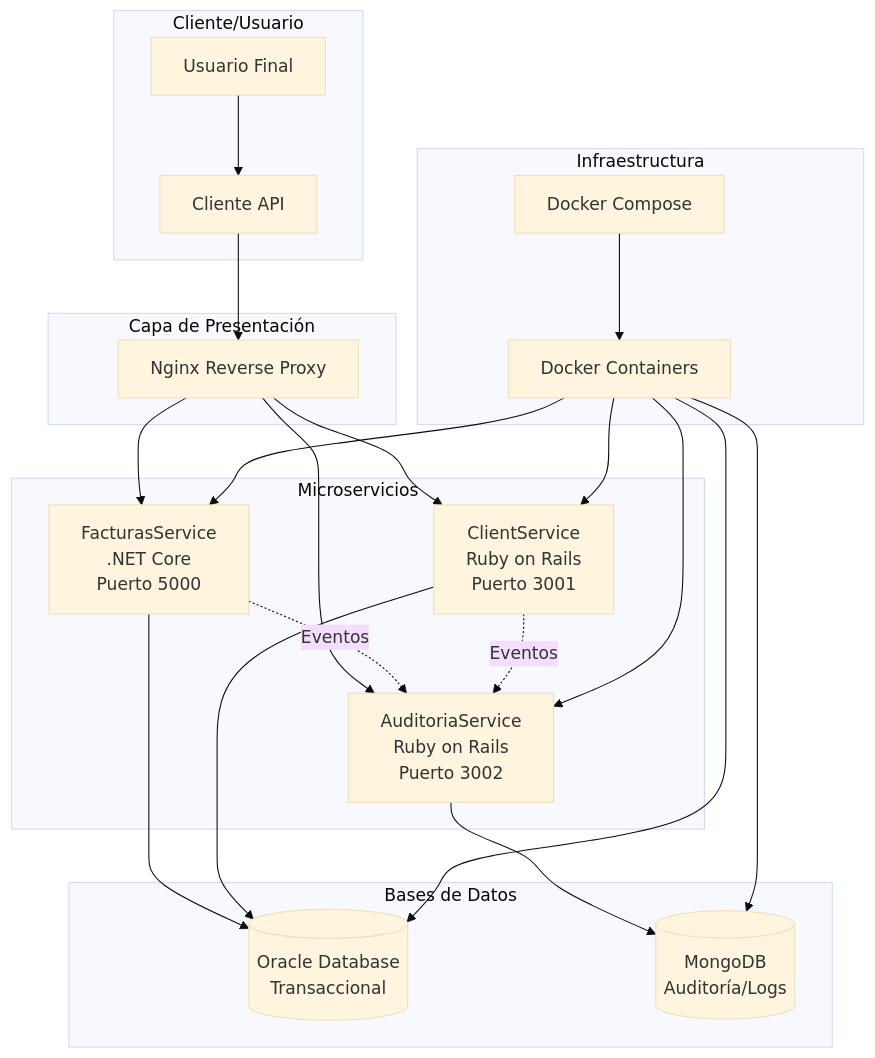
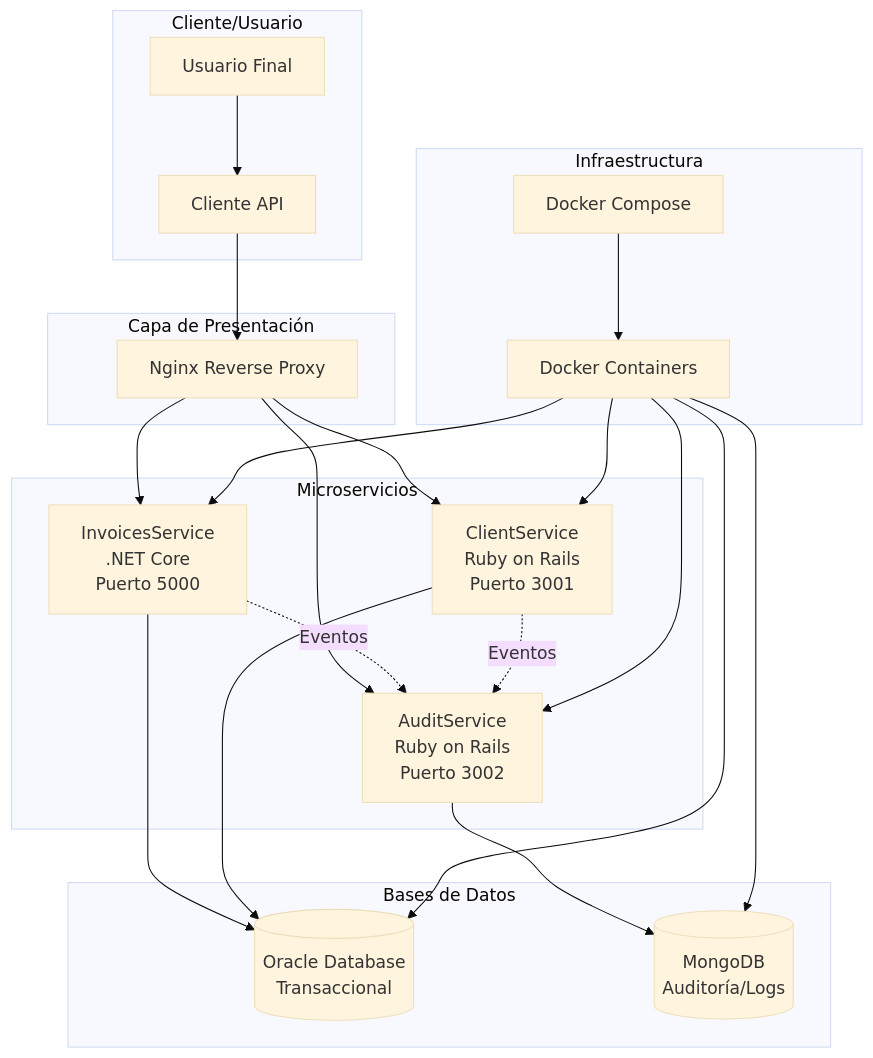
Before and after one commit to mailo2202/prueba-tecnica-double-v: the first of 5 diagrams in docs/arquitectura.md, drawn with Mermaid (base theme). The commit also changed other lines of this file and 50 other files, not shown here.

````diff
--- a/docs/arquitectura.md
+++ b/docs/arquitectura.md
@@ -5,48 +5,48 @@
 ```mermaid
 graph TB
     subgraph "Cliente/Usuario"
         U[Usuario Final]
         API[Cliente API]
     end
     
     subgraph "Capa de Presentación"
         NGINX[Nginx Reverse Proxy]
     end
     
     subgraph "Microservicios"
-        FS[FacturasService<br/>.NET Core<br/>Puerto 5000]
+        FS[InvoicesService<br/>.NET Core<br/>Puerto 5000]
         CS[ClientService<br/>Ruby on Rails<br/>Puerto 3001]
-        AS[AuditoriaService<br/>Ruby on Rails<br/>Puerto 3002]
+        AS[AuditService<br/>Ruby on Rails<br/>Puerto 3002]
     end
     
     subgraph "Bases de Datos"
         ORACLE[(Oracle Database<br/>Transaccional)]
         MONGO[(MongoDB<br/>Auditoría/Logs)]
     end
     
     subgraph "Infraestructura"
         DOCKER[Docker Containers]
         COMPOSE[Docker Compose]
     end
     
     U --> API
     API --> NGINX
     NGINX --> FS
     NGINX --> CS
     NGINX --> AS
     
     FS --> ORACLE
     CS --> ORACLE
     AS --> MONGO
     
     FS -.->|Eventos| AS
     CS -.->|Eventos| AS
     
     DOCKER --> FS
     DOCKER --> CS
     DOCKER --> AS
     DOCKER --> ORACLE
     DOCKER --> MONGO
     
     COMPOSE --> DOCKER
 ```
````
